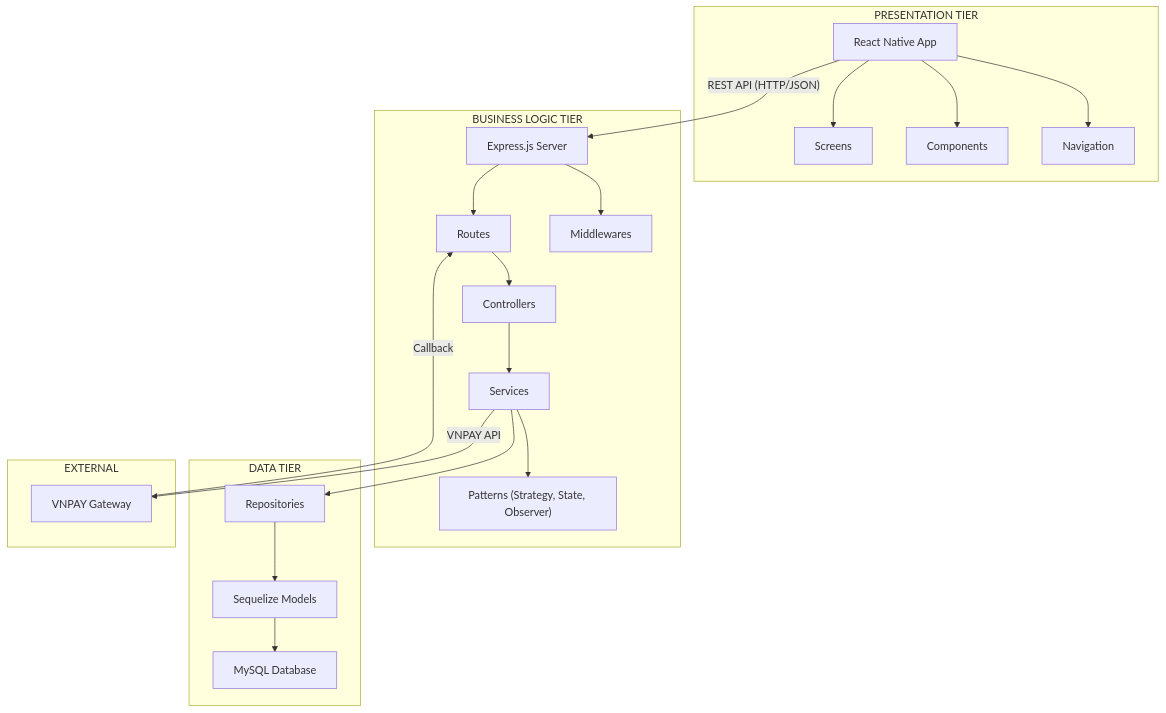
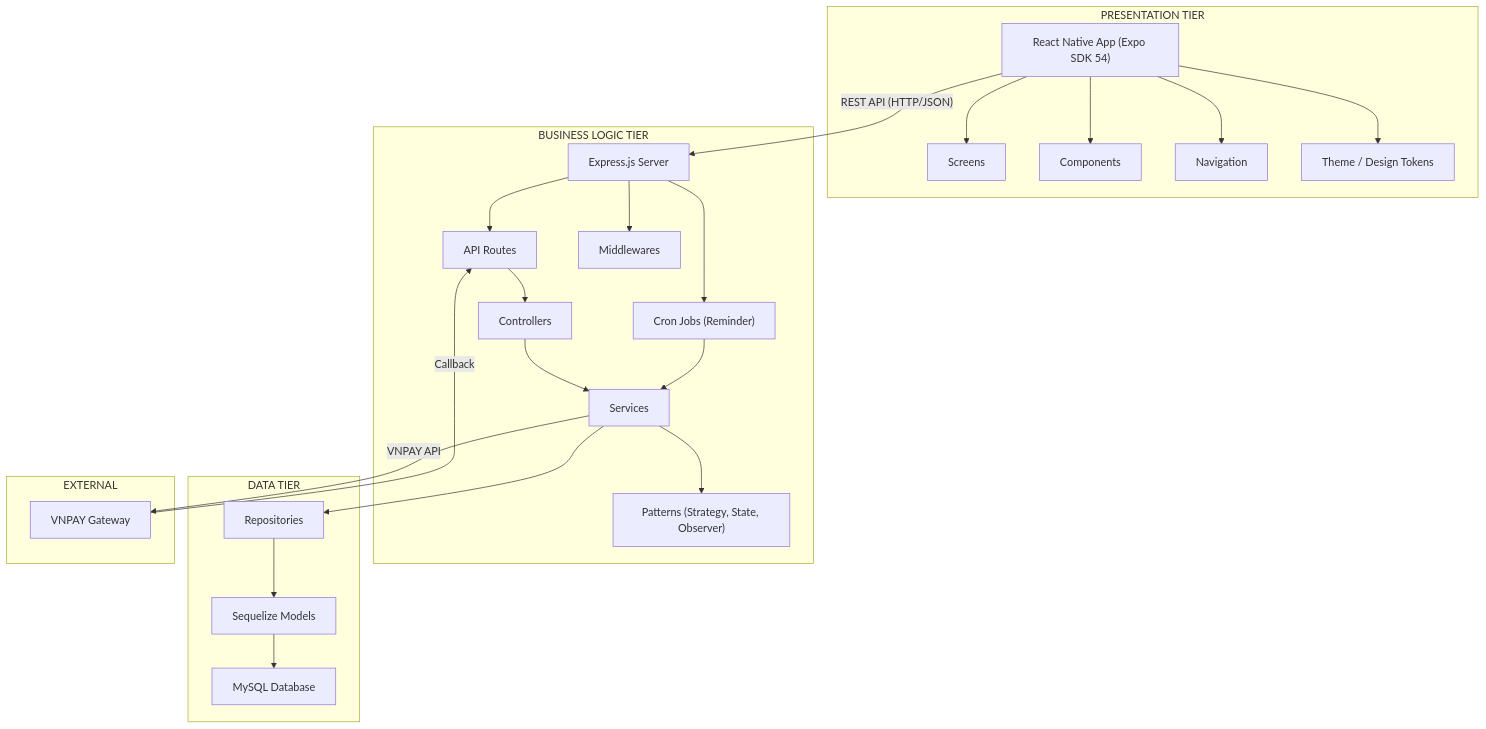
One commit to nguyensykimbang321-arch/KTvsTKPM changed the first of 2 diagrams in docs/architecture.md. Above: the diagram before and after it, drawn with Mermaid. The commit also changed other lines of this file and 7 other files, not shown here.

````diff
--- a/docs/architecture.md
+++ b/docs/architecture.md
@@ -20,41 +20,46 @@
 ```mermaid
 graph TB
     subgraph "PRESENTATION TIER"
-        A[React Native App]
+        A["React Native App (Expo SDK 54)"]
         A1[Screens]
         A2[Components]
         A3[Navigation]
+        A4["Theme / Design Tokens"]
         A --> A1
         A --> A2
         A --> A3
+        A --> A4
     end
 
     subgraph "BUSINESS LOGIC TIER"
         B[Express.js Server]
-        B1[Routes]
+        B1[API Routes]
         B2[Controllers]
         B3[Services]
         B4[Middlewares]
         B5["Patterns (Strategy, State, Observer)"]
+        B6["Cron Jobs (Reminder)"]
         B --> B1 --> B2 --> B3
         B --> B4
         B3 --> B5
+        B --> B6
+        B6 --> B3
     end
 
     subgraph "DATA TIER"
         C[MySQL Database]
         C1[Repositories]
         C2[Sequelize Models]
         C1 --> C2 --> C
     end
 
     A -->|"REST API (HTTP/JSON)"| B
     B3 --> C1
 
     subgraph "EXTERNAL"
         D[VNPAY Gateway]
     end
 
     B3 -->|"VNPAY API"| D
     D -->|"Callback"| B1
 ```
````
